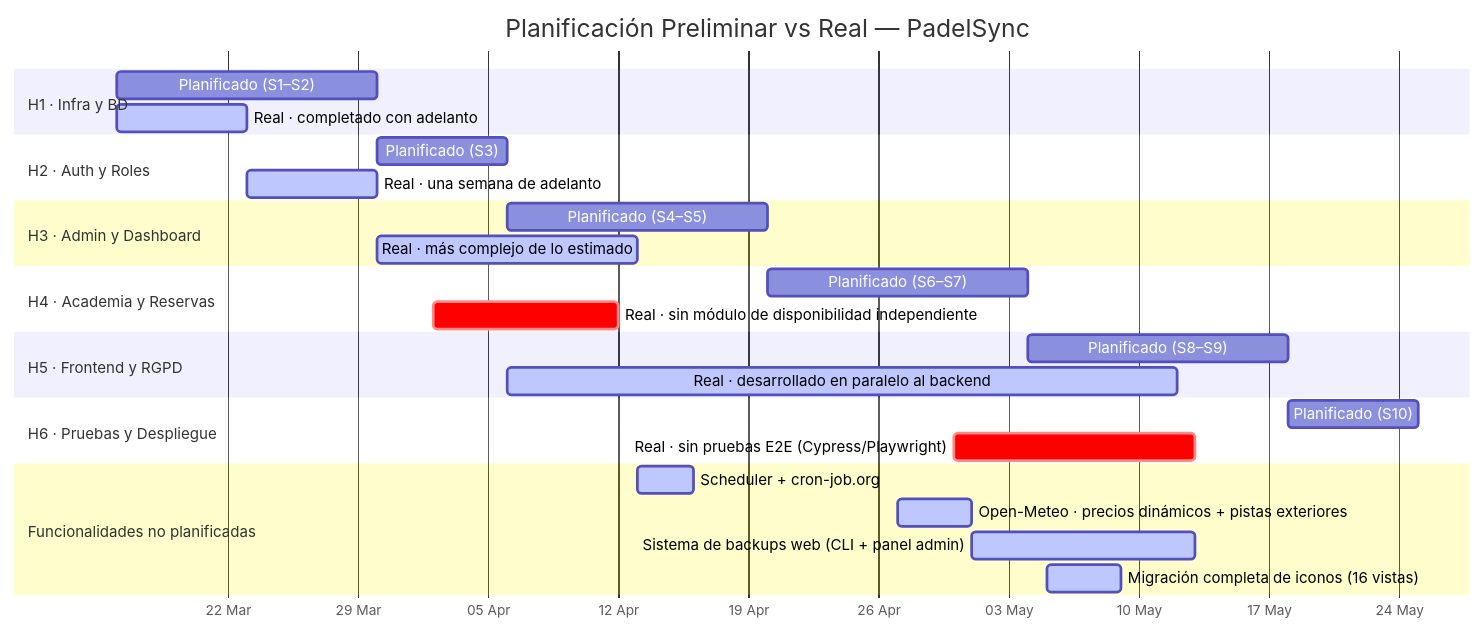
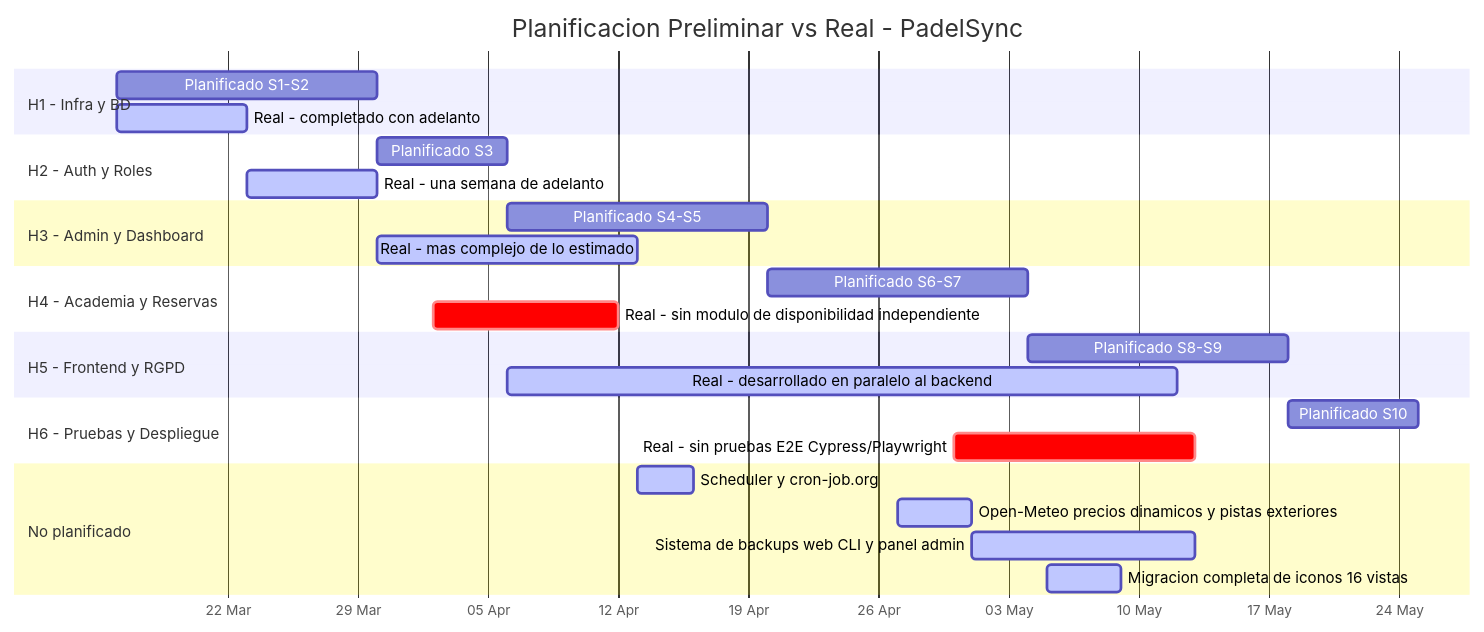
Before and after one commit to pabloiglepe/Prueba1---TFG: the second of 2 diagrams in docs/PLANIFICACION_REAL.md, drawn with Mermaid.

Commit message:
Actualizar documentación

````diff
--- a/docs/PLANIFICACION_REAL.md
+++ b/docs/PLANIFICACION_REAL.md
@@ -75,37 +75,30 @@
 ```mermaid
 %%{init: {'theme': 'base', 'gantt': {'leftPadding': 220, 'barHeight': 22, 'barGap': 6, 'fontSize': 13}, 'themeVariables': {'fontFamily': '"Arial Black", sans-serif', 'taskBkgColor': '#e8a020', 'taskBorderColor': '#b07010', 'taskTextColor': '#000000', 'taskTextOutsideColor': '#000000', 'taskTextLightColor': '#000000', 'taskTextDarkColor': '#000000', 'activeTaskBkgColor': '#20c080', 'activeTaskBorderColor': '#108050', 'critBkgColor': '#ff3333', 'critBorderColor': '#cc0000', 'todayLineColor': '#ffffff'}}}%%
 gantt
-    title Planificación Preliminar vs Real — PadelSync
+    title Planificacion Preliminar vs Real - PadelSync
     dateFormat  YYYY-MM-DD
     axisFormat  %d %b
-
-    section H1 · Infra y BD
-    Planificado (S1–S2)                                :p1, 2026-03-16, 14d
-    Real · completado con adelanto                     :active, r1, 2026-03-16, 7d
-
-    section H2 · Auth y Roles
-    Planificado (S3)                                   :p2, 2026-03-30, 7d
-    Real · una semana de adelanto                      :active, r2, 2026-03-23, 7d
-
-    section H3 · Admin y Dashboard
-    Planificado (S4–S5)                                :p3, 2026-04-06, 14d
-    Real · más complejo de lo estimado                 :active, r3, 2026-03-30, 14d
-
-    section H4 · Academia y Reservas
-    Planificado (S6–S7)                                :p4, 2026-04-20, 14d
-    Real · sin módulo de disponibilidad independiente  :crit, r4, 2026-04-02, 10d
-
-    section H5 · Frontend y RGPD
-    Planificado (S8–S9)                                :p5, 2026-05-04, 14d
-    Real · desarrollado en paralelo al backend         :active, r5, 2026-04-06, 36d
-
-    section H6 · Pruebas y Despliegue
-    Planificado (S10)                                  :p6, 2026-05-18, 7d
-    Real · sin pruebas E2E (Cypress/Playwright)        :crit, r6, 2026-04-30, 13d
-
-    section Funcionalidades no planificadas
-    Scheduler + cron-job.org                           :active, np1, 2026-04-13, 3d
-    Open-Meteo · precios dinámicos + pistas exteriores :active, np2, 2026-04-27, 4d
-    Sistema de backups web (CLI + panel admin)         :active, np3, 2026-05-01, 12d
-    Migración completa de iconos (16 vistas)           :active, np4, 2026-05-05, 4d
+    section H1 - Infra y BD
+    Planificado S1-S2                                  :p1, 2026-03-16, 14d
+    Real - completado con adelanto                     :active, r1, 2026-03-16, 7d
+    section H2 - Auth y Roles
+    Planificado S3                                     :p2, 2026-03-30, 7d
+    Real - una semana de adelanto                      :active, r2, 2026-03-23, 7d
+    section H3 - Admin y Dashboard
+    Planificado S4-S5                                  :p3, 2026-04-06, 14d
+    Real - mas complejo de lo estimado                 :active, r3, 2026-03-30, 14d
+    section H4 - Academia y Reservas
+    Planificado S6-S7                                  :p4, 2026-04-20, 14d
+    Real - sin modulo de disponibilidad independiente  :crit, r4, 2026-04-02, 10d
+    section H5 - Frontend y RGPD
+    Planificado S8-S9                                  :p5, 2026-05-04, 14d
+    Real - desarrollado en paralelo al backend         :active, r5, 2026-04-06, 36d
+    section H6 - Pruebas y Despliegue
+    Planificado S10                                    :p6, 2026-05-18, 7d
+    Real - sin pruebas E2E Cypress/Playwright          :crit, r6, 2026-04-30, 13d
+    section No planificado
+    Scheduler y cron-job.org                           :active, np1, 2026-04-13, 3d
+    Open-Meteo precios dinamicos y pistas exteriores   :active, np2, 2026-04-27, 4d
+    Sistema de backups web CLI y panel admin           :active, np3, 2026-05-01, 12d
+    Migracion completa de iconos 16 vistas             :active, np4, 2026-05-05, 4d
 ```
````
